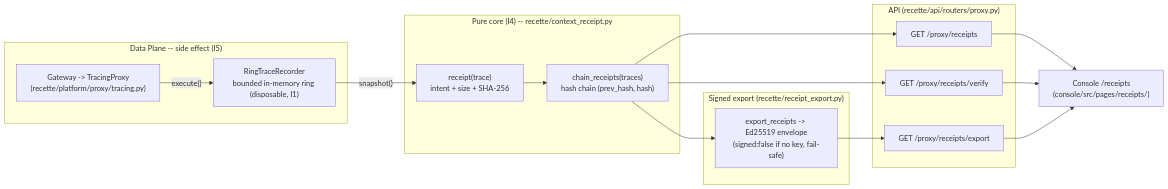
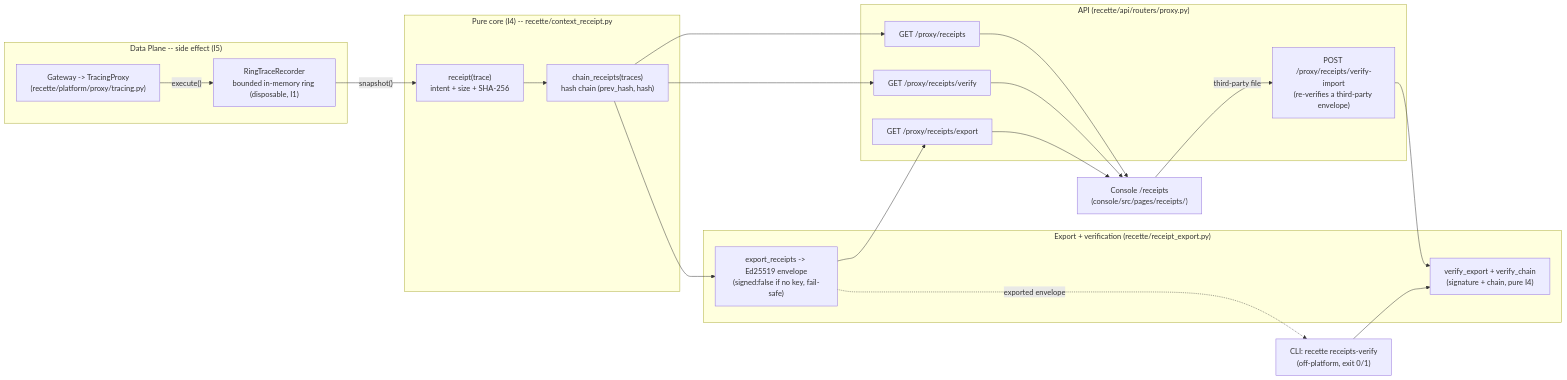
Before and after one commit to mo0ogly/recette_IA_agents: the diagram in docs-site/i18n/en/docusaurus-plugin-content-docs/current/runbooks/context-receipts.md, drawn with Mermaid. The commit also changed other lines of this file and 1 other file, not shown here.

First line of the commit message:
docs(receipts): document off-platform attestation (API verify-import + CLI)

````diff
--- a/docs-site/i18n/en/docusaurus-plugin-content-docs/current/runbooks/context-receipts.md
+++ b/docs-site/i18n/en/docusaurus-plugin-content-docs/current/runbooks/context-receipts.md
@@ -35,25 +36,30 @@
 ```mermaid
 flowchart LR
   subgraph DATA["Data Plane -- side effect (I5)"]
     G["Gateway -> TracingProxy\n(recette/platform/proxy/tracing.py)"]
     R["RingTraceRecorder\nbounded in-memory ring (disposable, I1)"]
   end
   subgraph PURE["Pure core (I4) -- recette/context_receipt.py"]
     RC["receipt(trace)\nintent + size + SHA-256"]
     CH["chain_receipts(traces)\nhash chain (prev_hash, hash)"]
   end
   subgraph API["API (recette/api/routers/proxy.py)"]
     E1["GET /proxy/receipts"]
     E2["GET /proxy/receipts/verify"]
     E3["GET /proxy/receipts/export"]
+    E4["POST /proxy/receipts/verify-import\n(re-verifies a third-party envelope)"]
   end
-  subgraph EXP["Signed export (recette/receipt_export.py)"]
+  subgraph EXP["Export + verification (recette/receipt_export.py)"]
     S["export_receipts -> Ed25519 envelope\n(signed:false if no key, fail-safe)"]
+    V["verify_export + verify_chain\n(signature + chain, pure I4)"]
   end
   UI["Console /receipts\n(console/src/pages/receipts/)"]
+  CLI["CLI: recette receipts-verify\n(off-platform, exit 0/1)"]
   G -->|"execute()"| R
   R -->|"snapshot()"| RC --> CH
   CH --> E1 --> UI
   CH --> E2 --> UI
   CH --> S --> E3 --> UI
+  UI -->|"third-party file"| E4 --> V
+  S -.->|"exported envelope"| CLI --> V
 ```
````
